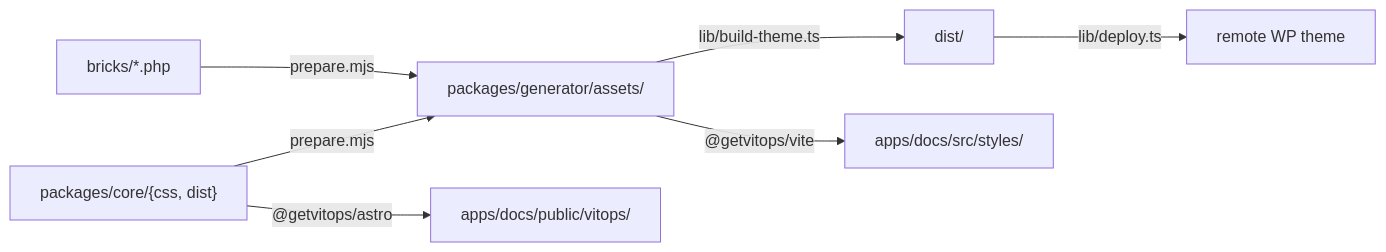
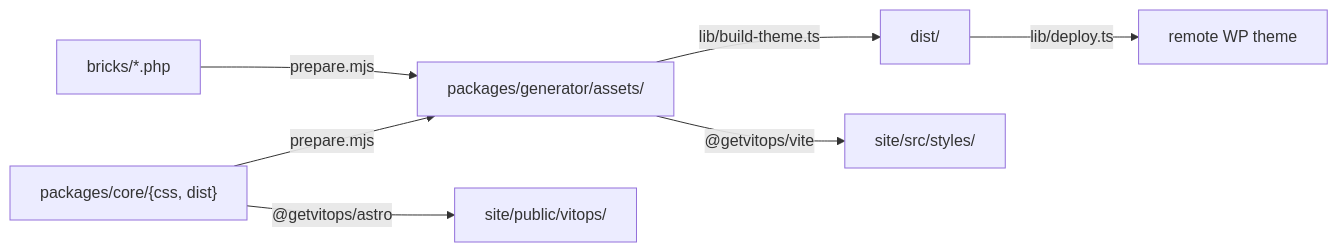
One commit to getvitops/design-system changed the third of 3 diagrams in ARCHITECTURE.md. Above: the diagram before and after it, drawn with Mermaid. The commit also changed other lines of this file and 310 other files, not shown here.

````diff
--- a/ARCHITECTURE.md
+++ b/ARCHITECTURE.md
@@ -401,9 +413,9 @@
 ```mermaid
 flowchart LR
   src["packages/core/{css, dist}"] -->|prepare.mjs| assets["packages/generator/assets/"]
   bricks["bricks/*.php"] -->|prepare.mjs| assets
   assets -->|lib/build-theme.ts| dist["dist/"]
   dist -->|lib/deploy.ts| wp["remote WP theme"]
-  assets -->|"@getvitops/vite"| docs["apps/docs/src/styles/"]
-  src -->|"@getvitops/astro"| pub["apps/docs/public/vitops/"]
+  assets -->|"@getvitops/vite"| docs["site/src/styles/"]
+  src -->|"@getvitops/astro"| pub["site/public/vitops/"]
 ```
````
